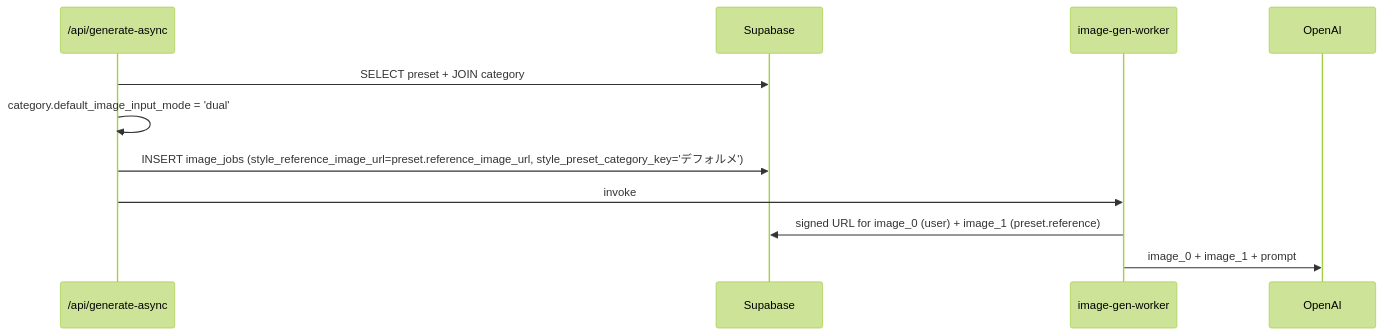
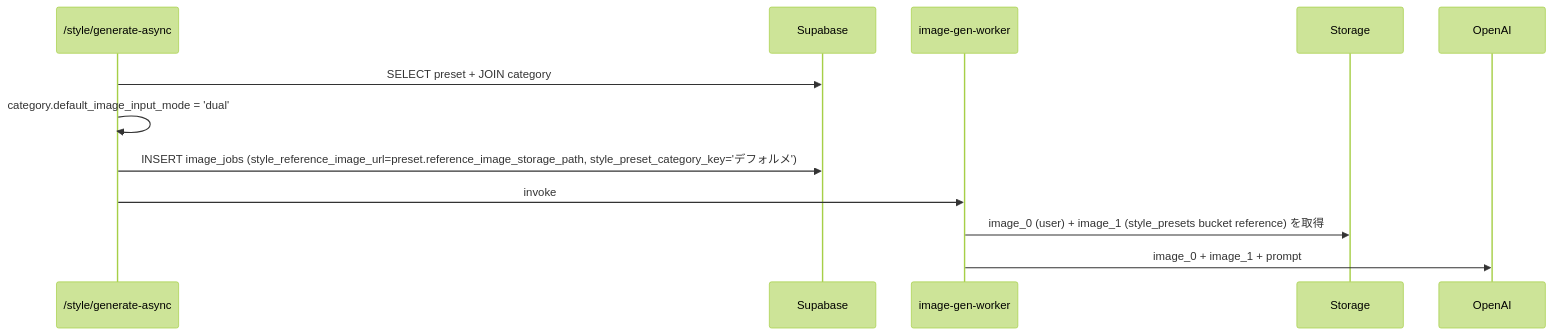
One commit to 3balljugglerYu/ai_coordinate changed the third of 5 diagrams in docs/planning/style-preset-raw-mode-implementation-plan.md. Above: the diagram before and after it, drawn with Mermaid (forest theme). The commit also changed other lines of this file, not shown here.

Commit message:
docs(planning): refine style preset raw mode plan

````diff
--- a/docs/planning/style-preset-raw-mode-implementation-plan.md
+++ b/docs/planning/style-preset-raw-mode-implementation-plan.md
@@ -182,13 +186,13 @@
 ```mermaid
 sequenceDiagram
-    participant API as /api/generate-async
+    participant API as /style/generate-async
     participant DB as Supabase
     participant W as image-gen-worker
 
     API->>DB: SELECT preset + JOIN category
     API->>API: category.default_image_input_mode = 'dual'
-    API->>DB: INSERT image_jobs (style_reference_image_url=preset.reference_image_url, style_preset_category_key='デフォルメ')
+    API->>DB: INSERT image_jobs (style_reference_image_url=preset.reference_image_storage_path, style_preset_category_key='デフォルメ')
     API->>W: invoke
-    W->>DB: signed URL for image_0 (user) + image_1 (preset.reference)
+    W->>Storage: image_0 (user) + image_1 (style_presets bucket reference) を取得
     W->>OpenAI: image_0 + image_1 + prompt
 ```
````
